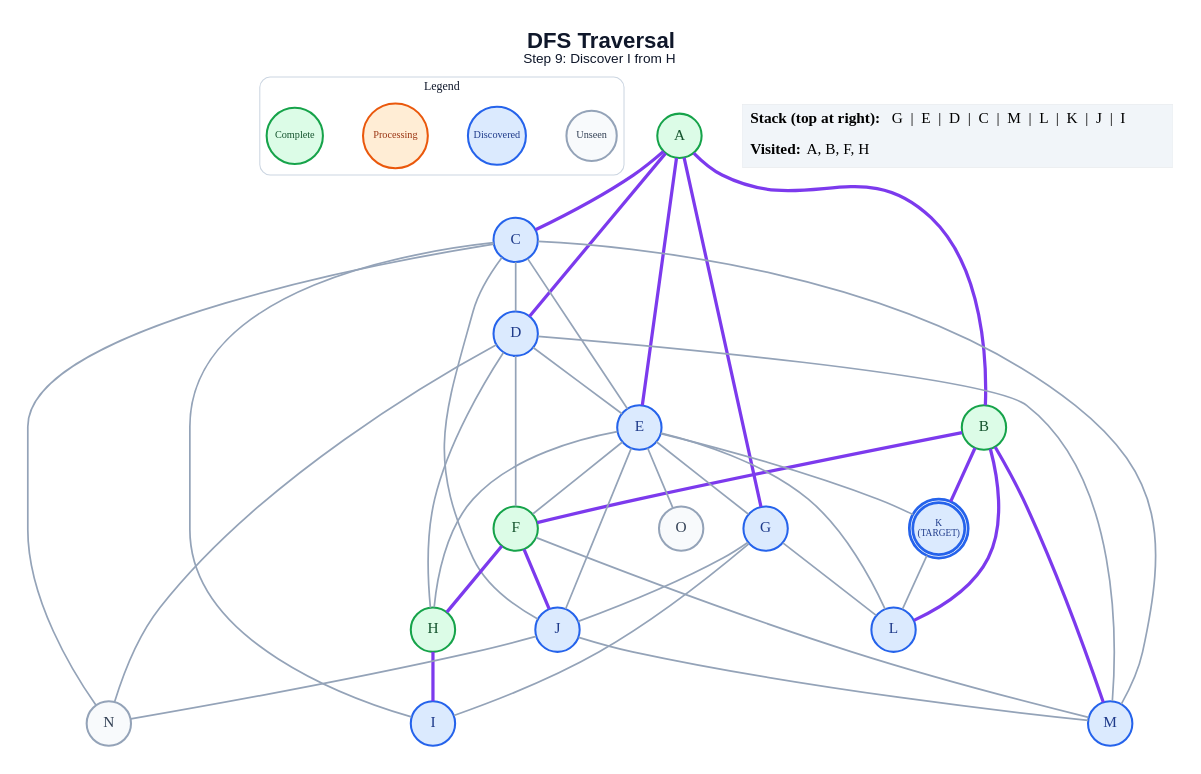
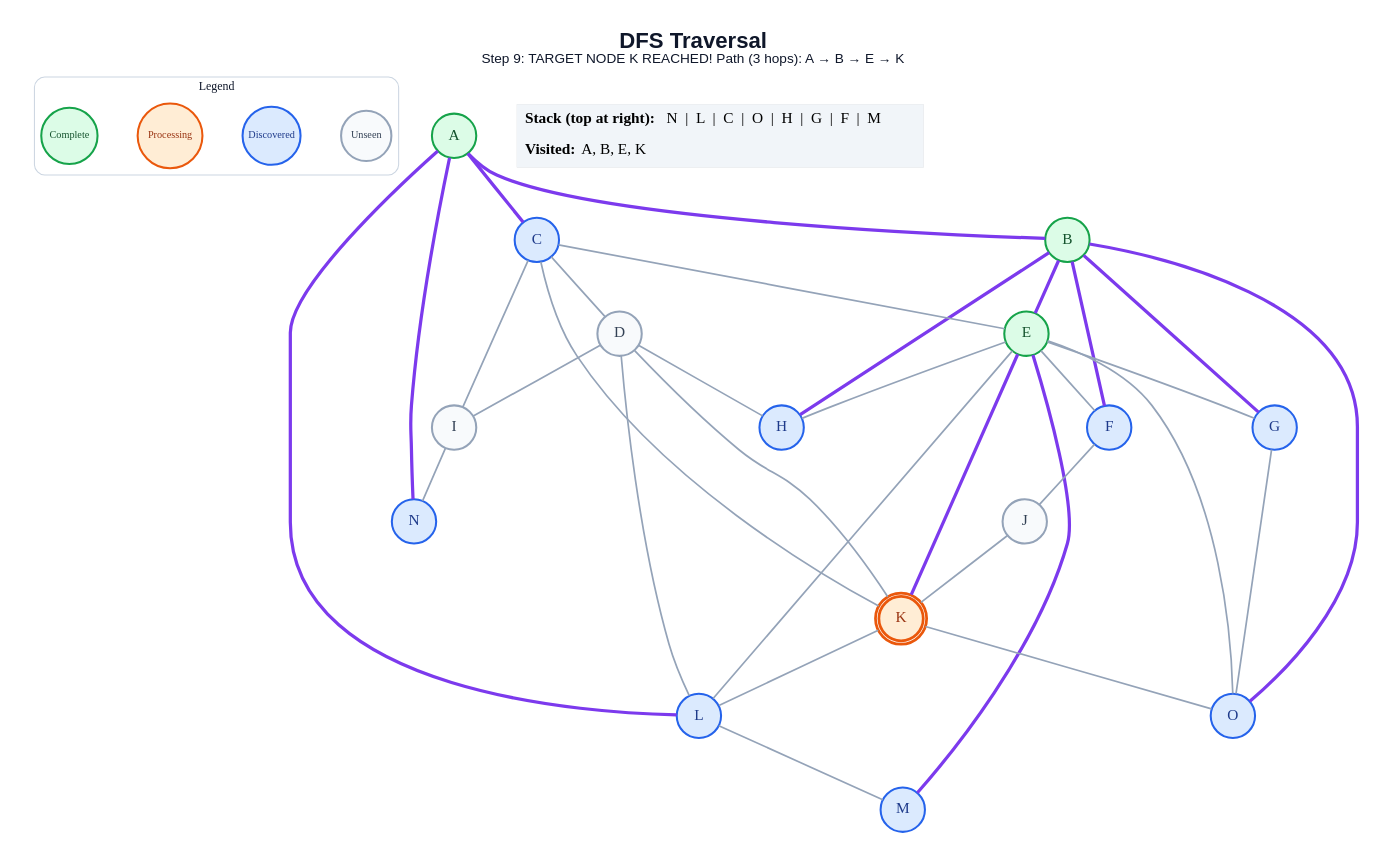
One commit to anon7238593-create/ai-slop changed the diagram in generated/specific-node/dfs/step_09.dot. Above: the diagram before and after it, drawn with Graphviz. The commit also changed 228 other files, not shown here.

```diff
--- a/generated/specific-node/dfs/step_09.dot
+++ b/generated/specific-node/dfs/step_09.dot
@@ -1,71 +1,65 @@
 graph traversal {
   graph [layout=dot, rankdir=TB, bgcolor="#FFFFFF", pad="0.35", nodesep="0.65", ranksep="0.8", fontname="Arial"];
   node [shape=circle, style="filled", fontname="Arial Bold", fontsize=18, width=0.72, fixedsize=true, penwidth=2.4];
   edge [color="#94A3B8", penwidth=2.0];
-  label=<<B>DFS Traversal</B><BR/><FONT POINT-SIZE="16">Step 9: Discover I from H</FONT>>; labelloc="t"; fontsize=26; fontname="Arial"; fontcolor="#0F172A";
+  label=<<B>DFS Traversal</B><BR/><FONT POINT-SIZE="16">Step 9: TARGET NODE K REACHED! Path (3 hops): A → B → E → K</FONT>>; labelloc="t"; fontsize=26; fontname="Arial"; fontcolor="#0F172A";
   subgraph cluster_legend { label="Legend"; color="#CBD5E1"; penwidth=1.2; style="rounded"; fontsize=14; fontname="Arial Bold";
     key_unseen [label="Unseen", fillcolor="#F8FAFC", color="#94A3B8", fontcolor="#334155", fontsize=12, width=0.82];
     key_frontier [label="Discovered", fillcolor="#DBEAFE", color="#2563EB", fontcolor="#1E3A8A", fontsize=12, width=0.95];
     key_current [label="Processing", fillcolor="#FFEDD5", color="#EA580C", fontcolor="#9A3412", fontsize=12, width=1.05];
     key_done [label="Complete", fillcolor="#DCFCE7", color="#16A34A", fontcolor="#14532D", fontsize=12, width=0.92];
     { rank=same; key_unseen; key_frontier; key_current; key_done; }
   }
   A [label="A", fillcolor="#DCFCE7", color="#16A34A", fontcolor="#14532D", peripheries=1, penwidth=2.4];
   B [label="B", fillcolor="#DCFCE7", color="#16A34A", fontcolor="#14532D", peripheries=1, penwidth=2.4];
   C [label="C", fillcolor="#DBEAFE", color="#2563EB", fontcolor="#1E3A8A", peripheries=1, penwidth=2.4];
-  D [label="D", fillcolor="#DBEAFE", color="#2563EB", fontcolor="#1E3A8A", peripheries=1, penwidth=2.4];
-  E [label="E", fillcolor="#DBEAFE", color="#2563EB", fontcolor="#1E3A8A", peripheries=1, penwidth=2.4];
-  F [label="F", fillcolor="#DCFCE7", color="#16A34A", fontcolor="#14532D", peripheries=1, penwidth=2.4];
+  D [label="D", fillcolor="#F8FAFC", color="#94A3B8", fontcolor="#334155", peripheries=1, penwidth=2.4];
+  E [label="E", fillcolor="#DCFCE7", color="#16A34A", fontcolor="#14532D", peripheries=1, penwidth=2.4];
+  F [label="F", fillcolor="#DBEAFE", color="#2563EB", fontcolor="#1E3A8A", peripheries=1, penwidth=2.4];
   G [label="G", fillcolor="#DBEAFE", color="#2563EB", fontcolor="#1E3A8A", peripheries=1, penwidth=2.4];
-  H [label="H", fillcolor="#DCFCE7", color="#16A34A", fontcolor="#14532D", peripheries=1, penwidth=2.4];
-  I [label="I", fillcolor="#DBEAFE", color="#2563EB", fontcolor="#1E3A8A", peripheries=1, penwidth=2.4];
-  J [label="J", fillcolor="#DBEAFE", color="#2563EB", fontcolor="#1E3A8A", peripheries=1, penwidth=2.4];
-  K [label="K\n(TARGET)", fillcolor="#DBEAFE", color="#2563EB", fontcolor="#1E3A8A", peripheries=2, penwidth=3.2, fontsize=11, width=0.85, height=0.85];
+  H [label="H", fillcolor="#DBEAFE", color="#2563EB", fontcolor="#1E3A8A", peripheries=1, penwidth=2.4];
+  I [label="I", fillcolor="#F8FAFC", color="#94A3B8", fontcolor="#334155", peripheries=1, penwidth=2.4];
+  J [label="J", fillcolor="#F8FAFC", color="#94A3B8", fontcolor="#334155", peripheries=1, penwidth=2.4];
+  K [label="K", fillcolor="#FFEDD5", color="#EA580C", fontcolor="#9A3412", peripheries=2, penwidth=3.2];
   L [label="L", fillcolor="#DBEAFE", color="#2563EB", fontcolor="#1E3A8A", peripheries=1, penwidth=2.4];
   M [label="M", fillcolor="#DBEAFE", color="#2563EB", fontcolor="#1E3A8A", peripheries=1, penwidth=2.4];
-  N [label="N", fillcolor="#F8FAFC", color="#94A3B8", fontcolor="#334155", peripheries=1, penwidth=2.4];
-  O [label="O", fillcolor="#F8FAFC", color="#94A3B8", fontcolor="#334155", peripheries=1, penwidth=2.4];
+  N [label="N", fillcolor="#DBEAFE", color="#2563EB", fontcolor="#1E3A8A", peripheries=1, penwidth=2.4];
+  O [label="O", fillcolor="#DBEAFE", color="#2563EB", fontcolor="#1E3A8A", peripheries=1, penwidth=2.4];
   A -- B [color="#7C3AED", penwidth=3.8];
   A -- C [color="#7C3AED", penwidth=3.8];
-  A -- D [color="#7C3AED", penwidth=3.8];
-  A -- E [color="#7C3AED", penwidth=3.8];
-  A -- G [color="#7C3AED", penwidth=3.8];
+  A -- L [color="#7C3AED", penwidth=3.8];
+  A -- N [color="#7C3AED", penwidth=3.8];
+  B -- E [color="#7C3AED", penwidth=3.8];
   B -- F [color="#7C3AED", penwidth=3.8];
-  B -- K [color="#7C3AED", penwidth=3.8];
-  B -- L [color="#7C3AED", penwidth=3.8];
-  B -- M [color="#7C3AED", penwidth=3.8];
+  B -- G [color="#7C3AED", penwidth=3.8];
+  B -- H [color="#7C3AED", penwidth=3.8];
+  B -- O [color="#7C3AED", penwidth=3.8];
   C -- D;
   C -- E;
   C -- I;
-  C -- J;
-  C -- M;
-  C -- N;
-  D -- E;
-  D -- F;
+  C -- K;
   D -- H;
-  D -- M;
-  D -- N;
+  D -- I;
+  D -- K;
+  D -- L;
   E -- F;
   E -- G;
   E -- H;
-  E -- J;
-  E -- K;
+  E -- K [color="#7C3AED", penwidth=3.8];
   E -- L;
+  E -- M [color="#7C3AED", penwidth=3.8];
   E -- O;
-  F -- H [color="#7C3AED", penwidth=3.8];
-  F -- J [color="#7C3AED", penwidth=3.8];
-  F -- M;
-  G -- I;
-  G -- J;
-  G -- L;
-  H -- I [color="#7C3AED", penwidth=3.8];
-  J -- M;
-  J -- N;
+  F -- J;
+  G -- O;
+  I -- N;
+  J -- K;
   K -- L;
+  K -- O;
+  L -- M;
   status [shape=plain, fixedsize=false, width=0, height=0, margin=0, label=<
     <TABLE BORDER="0" CELLBORDER="0" CELLPADDING="7" BGCOLOR="#F1F5F9">
-      <TR><TD ALIGN="LEFT"><B>Stack (top at right):</B> G  |  E  |  D  |  C  |  M  |  L  |  K  |  J  |  I</TD></TR>
-      <TR><TD ALIGN="LEFT"><B>Visited:</B> A, B, F, H</TD></TR>
+      <TR><TD ALIGN="LEFT"><B>Stack (top at right):</B> N  |  L  |  C  |  O  |  H  |  G  |  F  |  M</TD></TR>
+      <TR><TD ALIGN="LEFT"><B>Visited:</B> A, B, E, K</TD></TR>
     </TABLE>
   >];
 }
```
